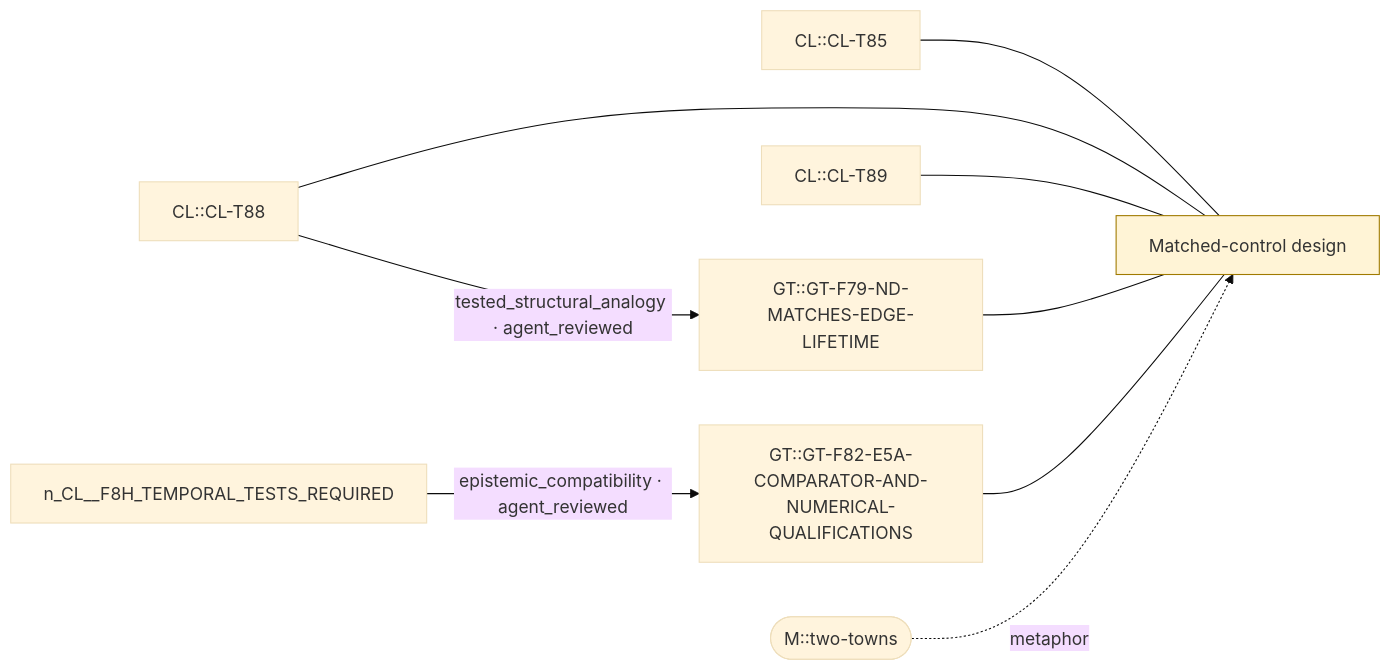
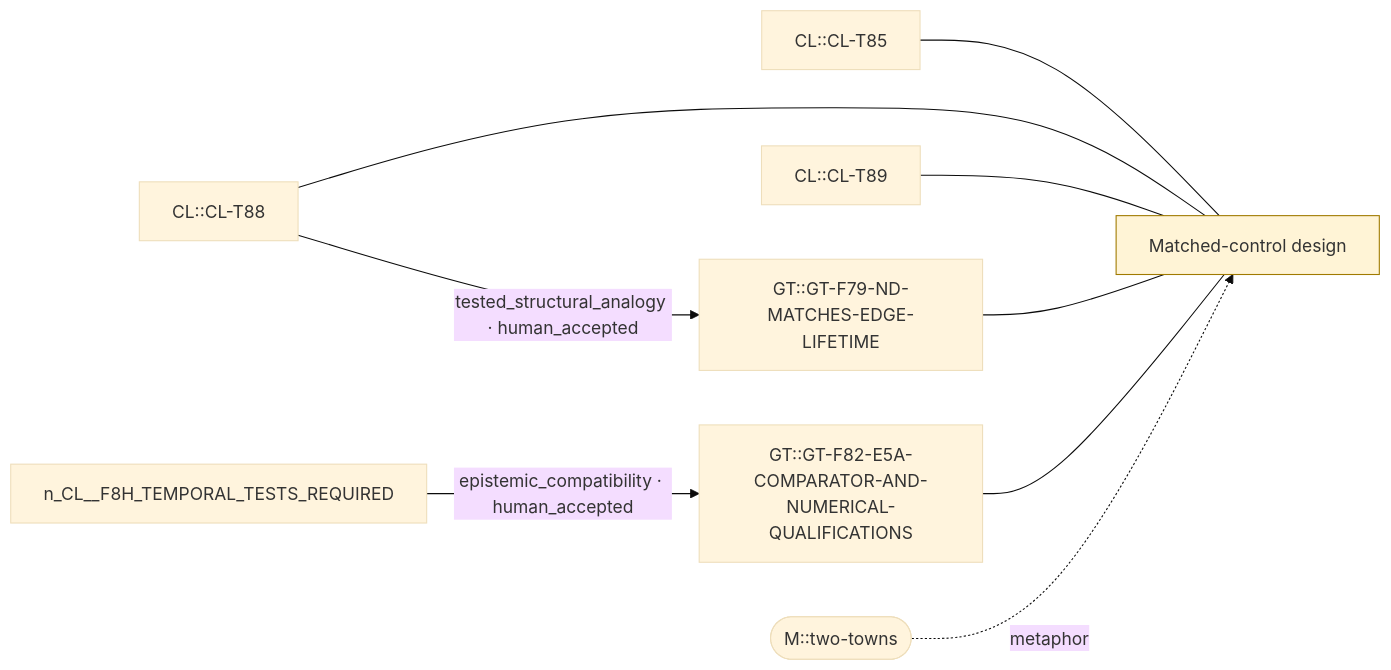
One commit to gellsmore-svg/Relational-Substrate changed the diagram in research-synthesis/generated/themes/matched-control-design.mmd. Above: the diagram before and after it, drawn with Mermaid (base theme). The commit also changed 39 other files, not shown here.

```diff
--- a/research-synthesis/generated/themes/matched-control-design.mmd
+++ b/research-synthesis/generated/themes/matched-control-design.mmd
@@ -1,11 +1,11 @@
 graph LR
   n_C__matched_control_design["Matched-control design"]:::concept
   n_CL__CL_T85["CL::CL-T85"] --- n_C__matched_control_design
   n_CL__CL_T88["CL::CL-T88"] --- n_C__matched_control_design
   n_CL__CL_T89["CL::CL-T89"] --- n_C__matched_control_design
   n_GT__GT_F79_ND_MATCHES_EDGE_LIFETIME["GT::GT-F79-ND-MATCHES-EDGE-LIFETIME"] --- n_C__matched_control_design
   n_GT__GT_F82_E5A_COMPARATOR_AND_NUMERICAL_QUALIFICATIONS["GT::GT-F82-E5A-COMPARATOR-AND-NUMERICAL-QUALIFICATIONS"] --- n_C__matched_control_design
-  n_CL__F8H_TEMPORAL_TESTS_REQUIRED -->|epistemic_compatibility · agent_reviewed| n_GT__GT_F82_E5A_COMPARATOR_AND_NUMERICAL_QUALIFICATIONS
-  n_CL__CL_T88 -->|tested_structural_analogy · agent_reviewed| n_GT__GT_F79_ND_MATCHES_EDGE_LIFETIME
+  n_CL__F8H_TEMPORAL_TESTS_REQUIRED -->|epistemic_compatibility · human_accepted| n_GT__GT_F82_E5A_COMPARATOR_AND_NUMERICAL_QUALIFICATIONS
+  n_CL__CL_T88 -->|tested_structural_analogy · human_accepted| n_GT__GT_F79_ND_MATCHES_EDGE_LIFETIME
   n_M__two_towns(["M::two-towns"]) -.->|metaphor| n_C__matched_control_design
   classDef concept fill:#fff4d6,stroke:#a07a00
```
